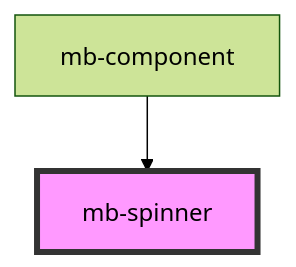
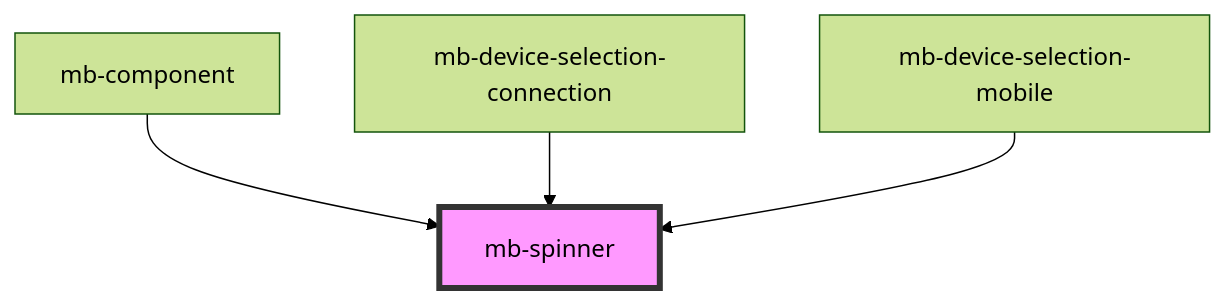
One commit to BlinkID/blinkid-in-browser changed the diagram in ui/docs/components/shared/mb-spinner/readme.md. Above: the diagram before and after it, drawn with Mermaid (forest theme). The commit also changed other lines of this file and 148 other files, not shown here.

````diff
--- a/ui/docs/components/shared/mb-spinner/readme.md
+++ b/ui/docs/components/shared/mb-spinner/readme.md
@@ -23,5 +25,7 @@
 ```mermaid
 graph TD;
   mb-component --> mb-spinner
+  mb-device-selection-connection --> mb-spinner
+  mb-device-selection-mobile --> mb-spinner
   style mb-spinner fill:#f9f,stroke:#333,stroke-width:4px
 ```
````
